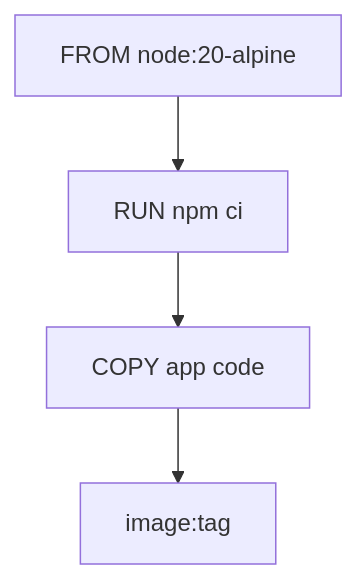
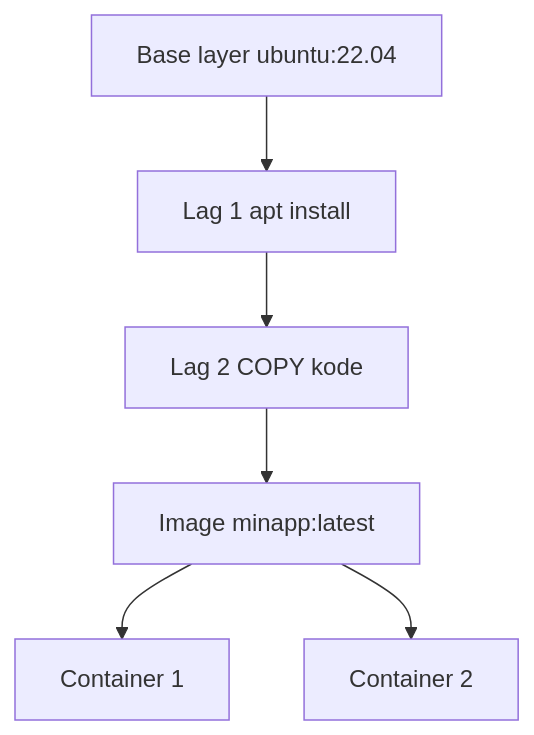
One commit to Mercantec-GHC/deploy-or-die-anbo0005 changed the fourth of 4 diagrams in docs/notes/day6-docker-dockerfile.md. Above: the diagram before and after it, drawn with Mermaid. The commit also changed other lines of this file and 14 other files, not shown here.

````diff
--- a/docs/notes/day6-docker-dockerfile.md
+++ b/docs/notes/day6-docker-dockerfile.md
@@ -123,6 +192,8 @@
 ```mermaid
 graph TD
-    B[FROM node:20-alpine] --> L1[RUN npm ci]
-    L1 --> L2[COPY app code]
-    L2 --> IMG[image:tag]
+    B[Base layer ubuntu:22.04] --> L1[Lag 1 apt install]
+    L1 --> L2[Lag 2 COPY kode]
+    L2 --> IMG[Image minapp:latest]
+    IMG --> C1[Container 1]
+    IMG --> C2[Container 2]
 ```
````
